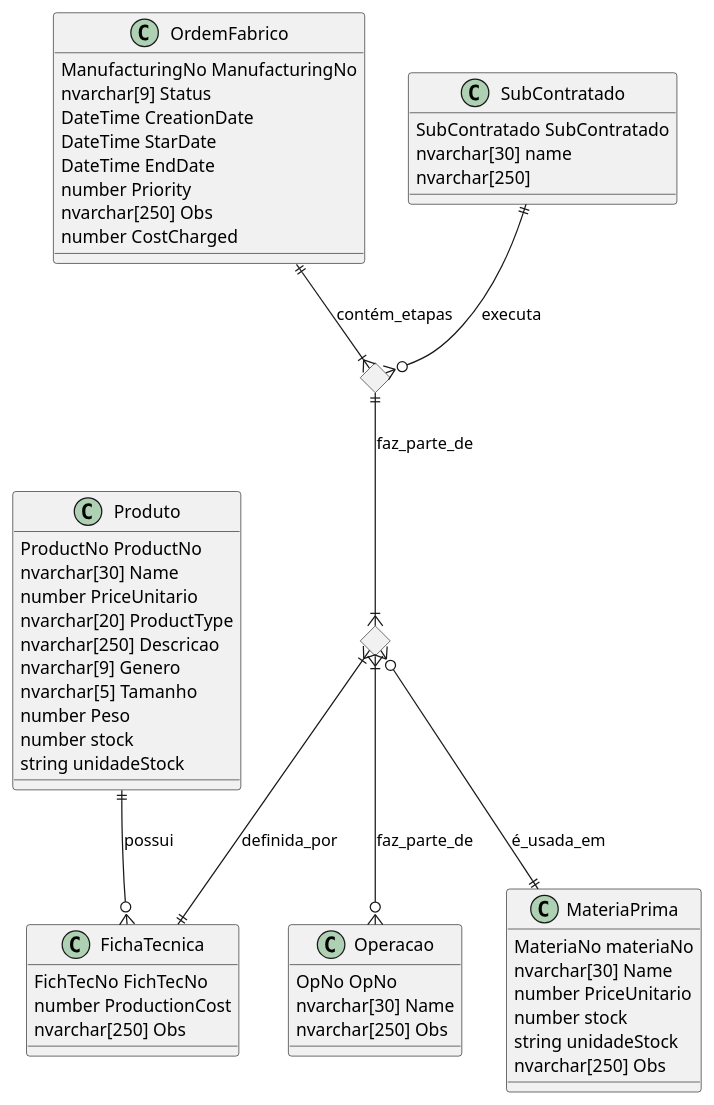
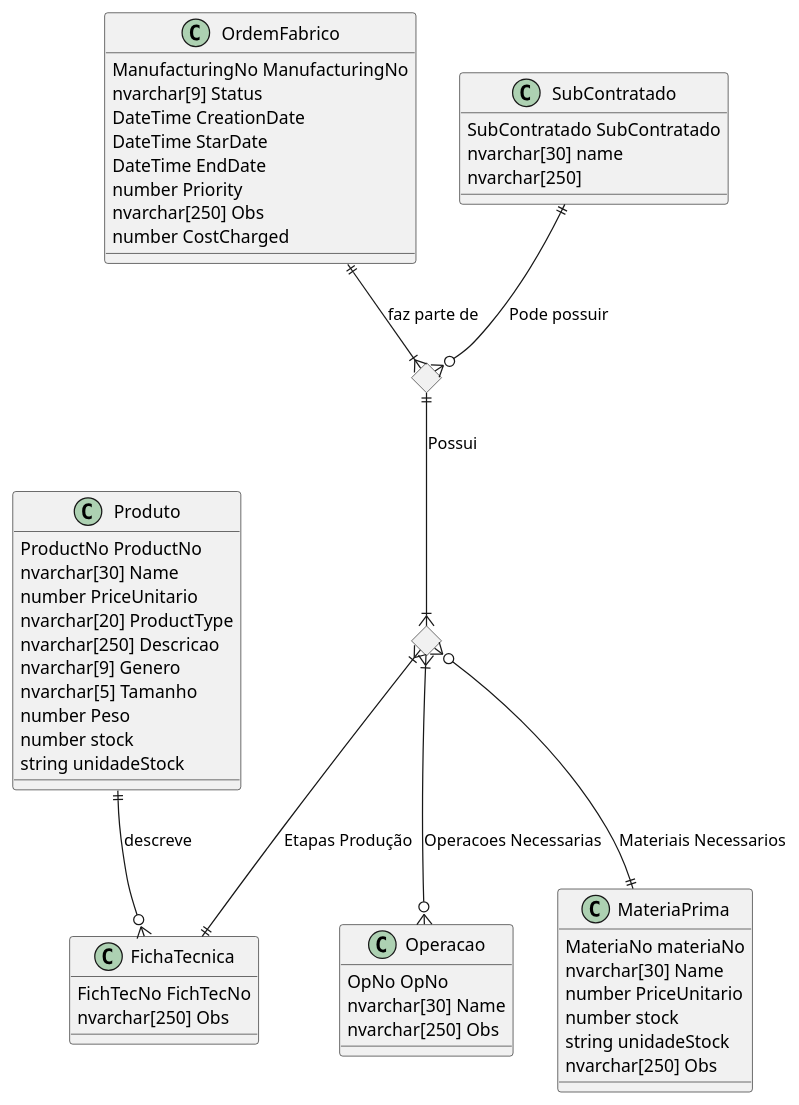
The diagram in Concetual/TabelasAtributos/AtributoNovos.plantuml (Arturito2005/TrabalhoBD), drawn with PlantUML before and after one commit. The commit also changed 5 other files, not shown here.

```diff
--- a/Concetual/TabelasAtributos/AtributoNovos.plantuml
+++ b/Concetual/TabelasAtributos/AtributoNovos.plantuml
@@ -1,76 +1,75 @@
-@startuml tableBD
+@startuml TabelaER_Atributos
 
 
 class OrdemFabrico {
     ManufacturingNo ManufacturingNo
     nvarchar[9] Status 
     DateTime CreationDate
     DateTime StarDate
     DateTime EndDate
     number Priority
     nvarchar[250] Obs
     number CostCharged
 }   
 
 class Produto {
     ProductNo ProductNo
     nvarchar[30] Name 
     number PriceUnitario 
     nvarchar[20] ProductType
     nvarchar[250] Descricao
     nvarchar[9] Genero
     nvarchar[5] Tamanho
     number Peso
     number stock 
     string unidadeStock
 }
 
 class MateriaPrima {
     MateriaNo materiaNo
     nvarchar[30] Name
     number PriceUnitario
     number stock 
     string unidadeStock
     nvarchar[250] Obs
 }
 
 class FichaTecnica {
     FichTecNo FichTecNo 
-    number ProductionCost 
     nvarchar[250] Obs
 }
 
 class Operacao {
     OpNo OpNo
     nvarchar[30] Name 
     nvarchar[250] Obs
 }
 
 class SubContratado {
     SubContratado SubContratado
     nvarchar[30] name
     nvarchar[250]
 }
 
 <> EtapaProducao
 
 <> EtapasOrdem
 
 /'
 Relacionamento Etapa Producao
 '/
-EtapaProducao }|--|| FichaTecnica: definida_por
-EtapaProducao }|--o{ Operacao: faz_parte_de
-EtapaProducao }o--|| MateriaPrima: é_usada_em
+EtapaProducao }|--|| FichaTecnica: Etapas Produção
+EtapaProducao }|--o{ Operacao: Operacoes Necessarias
+EtapaProducao }o--|| MateriaPrima: Materiais Necessarios
 
-SubContratado ||--o{ EtapasOrdem: executa
-EtapasOrdem ||--|{ EtapaProducao: faz_parte_de
-OrdemFabrico ||--|{ EtapasOrdem: contém_etapas
+SubContratado ||--o{ EtapasOrdem: Pode possuir
+EtapasOrdem ||--|{ EtapaProducao: Possui
+OrdemFabrico ||--|{ EtapasOrdem: faz parte de
 
 /'
 Relacionamentos do Produto
 '/
-Produto ||--o{ FichaTecnica: possui
+Produto ||--o{ FichaTecnica: descreve
 
 
 @enduml
```
